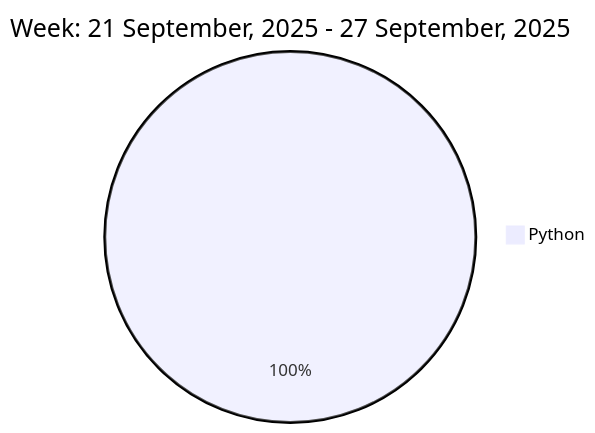
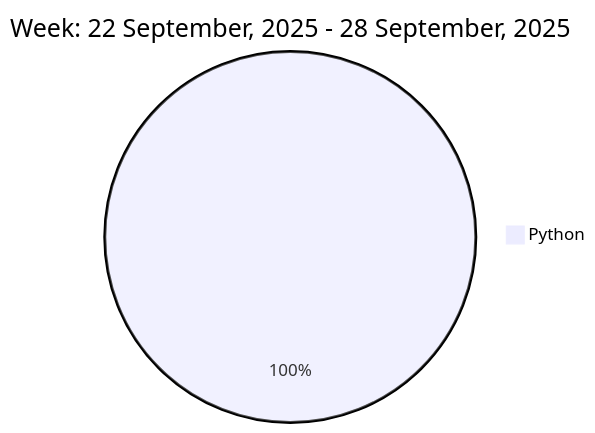
One commit to liubin95/liubin95 changed the diagram in README.md. Above: the diagram before and after it, drawn with Mermaid.

Commit message:
Updated the Graph with new Metrics

````diff
--- a/README.md
+++ b/README.md
@@ -37,5 +37,5 @@
 ```mermaid
  pie
-title Week: 21 September, 2025 - 27 September, 2025
- "Python" : 1.48
+title Week: 22 September, 2025 - 28 September, 2025
+ "Python" : 1.52
 ```
````
